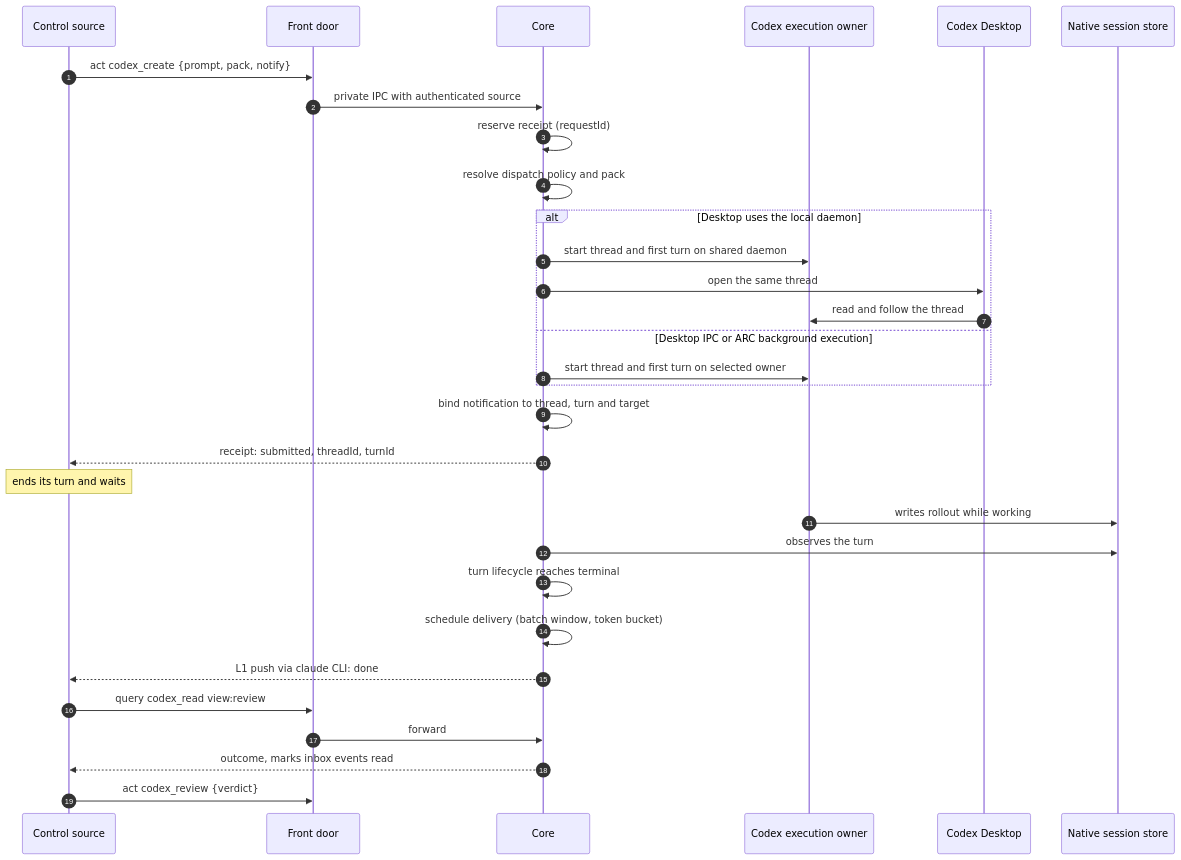
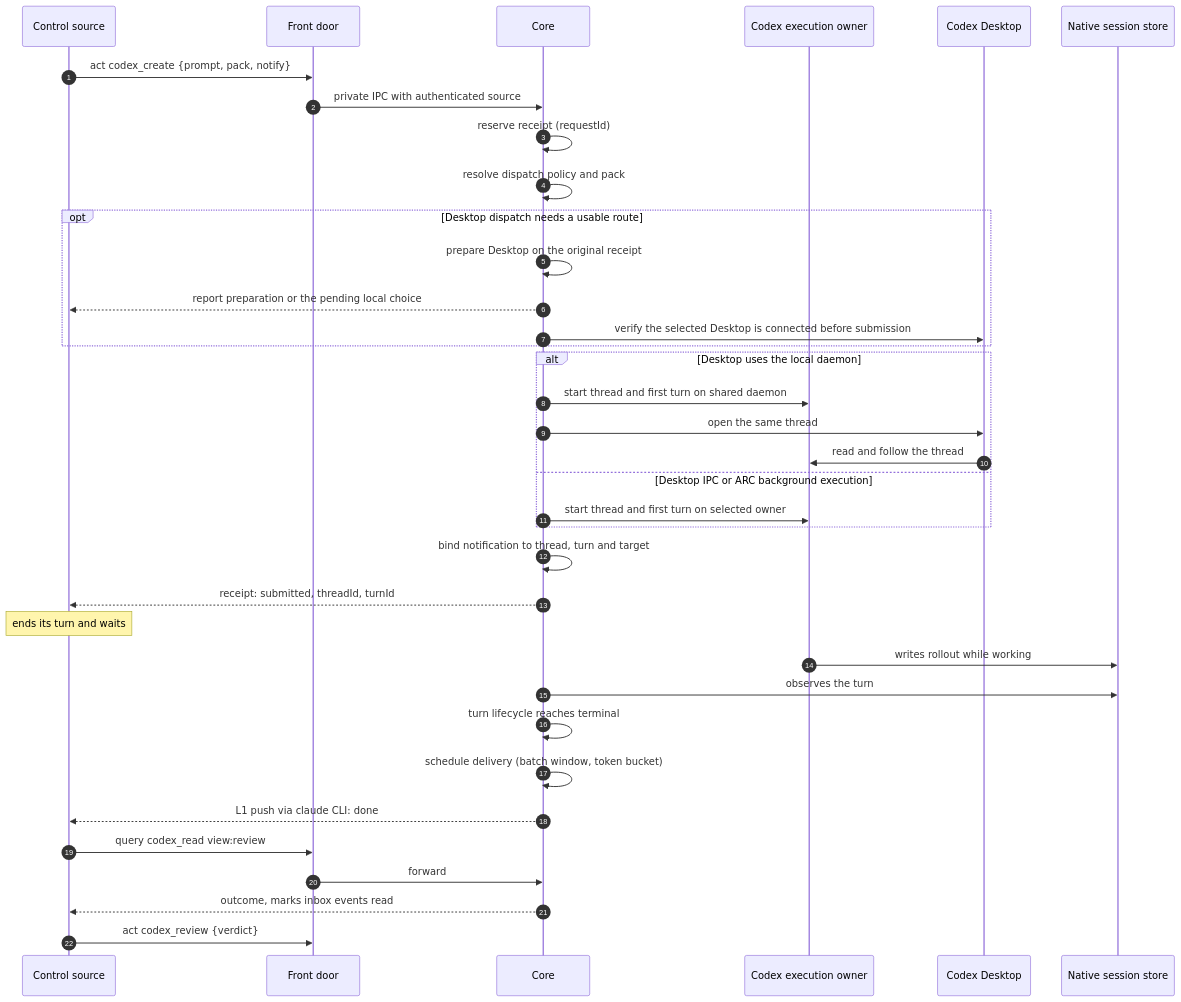
One commit to whzxc/agent-remote-control changed the diagram in arch/mechanisms/main-loop.mmd. Above: the diagram before and after it, drawn with Mermaid. The commit also changed 32 other files, not shown here.

Commit message:
feat(codex): recover Desktop before dispatch

```diff
--- a/arch/mechanisms/main-loop.mmd
+++ b/arch/mechanisms/main-loop.mmd
@@ -1,33 +1,38 @@
 %% Main loop (layer 2): one Codex dispatch from submission through push to review.
 %% Index and code mapping: docs/dev/arch-assets.md
 sequenceDiagram
   autonumber
   participant S as Control source
   participant F as Front door
   participant C as Core
   participant X as Codex execution owner
   participant D as Codex Desktop
   participant N as Native session store
   S->>F: act codex_create {prompt, pack, notify}
   F->>C: private IPC with authenticated source
   C->>C: reserve receipt (requestId)
   C->>C: resolve dispatch policy and pack
+  opt Desktop dispatch needs a usable route
+    C->>C: prepare Desktop on the original receipt
+    C-->>S: report preparation or the pending local choice
+    C->>D: verify the selected Desktop is connected before submission
+  end
   alt Desktop uses the local daemon
     C->>X: start thread and first turn on shared daemon
     C->>D: open the same thread
     D->>X: read and follow the thread
   else Desktop IPC or ARC background execution
     C->>X: start thread and first turn on selected owner
   end
   C->>C: bind notification to thread, turn and target
   C-->>S: receipt: submitted, threadId, turnId
   Note over S: ends its turn and waits
   X->>N: writes rollout while working
   C->>N: observes the turn
   C->>C: turn lifecycle reaches terminal
   C->>C: schedule delivery (batch window, token bucket)
   C-->>S: L1 push via claude CLI: done
   S->>F: query codex_read view:review
   F->>C: forward
   C-->>S: outcome, marks inbox events read
   S->>F: act codex_review {verdict}
```
